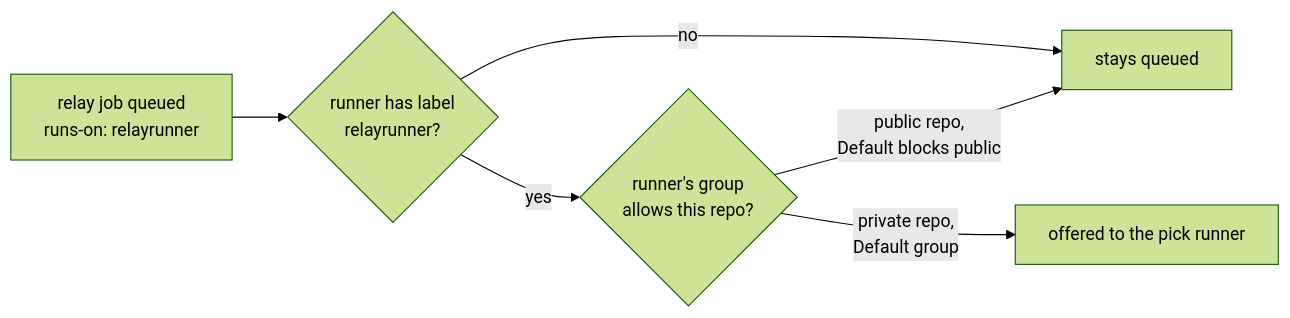
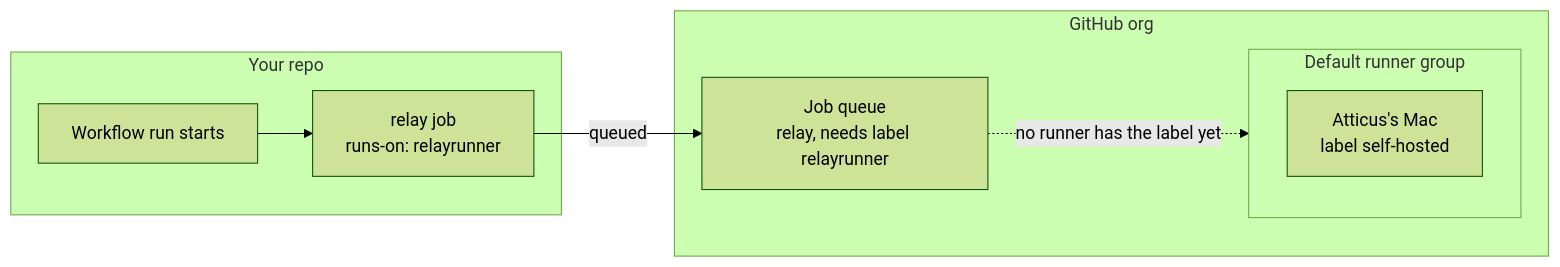
The second of 7 diagrams in docs/architecture/pick-runner.md (atticoos/RelayRunner), drawn with Mermaid (forest theme) before and after one commit. The commit also changed other lines of this file, not shown here.

First line of the commit message:
docs: break the pick runner flow into one diagram per step

````diff
--- a/docs/architecture/pick-runner.md
+++ b/docs/architecture/pick-runner.md
@@ -75,8 +59,14 @@
 ```mermaid
 flowchart LR
-  J["relay job queued<br/>runs-on: relayrunner"] --> L{"runner has label<br/>relayrunner?"}
-  L -- no --> W["stays queued"]
-  L -- yes --> G{"runner's group<br/>allows this repo?"}
-  G -- "private repo,<br/>Default group" --> C["offered to the pick runner"]
-  G -- "public repo,<br/>Default blocks public" --> W
+  subgraph repo["Your repo"]
+    W["Workflow run starts"] --> R["relay job<br/>runs-on: relayrunner"]
+  end
+  subgraph gh["GitHub org"]
+    Q["Job queue<br/>relay, needs label relayrunner"]
+    subgraph def["Default runner group"]
+      Mac["Atticus's Mac<br/>label self-hosted"]
+    end
+  end
+  R -- "queued" --> Q
+  Q -. "no runner has the label yet" .-> def
 ```
````
